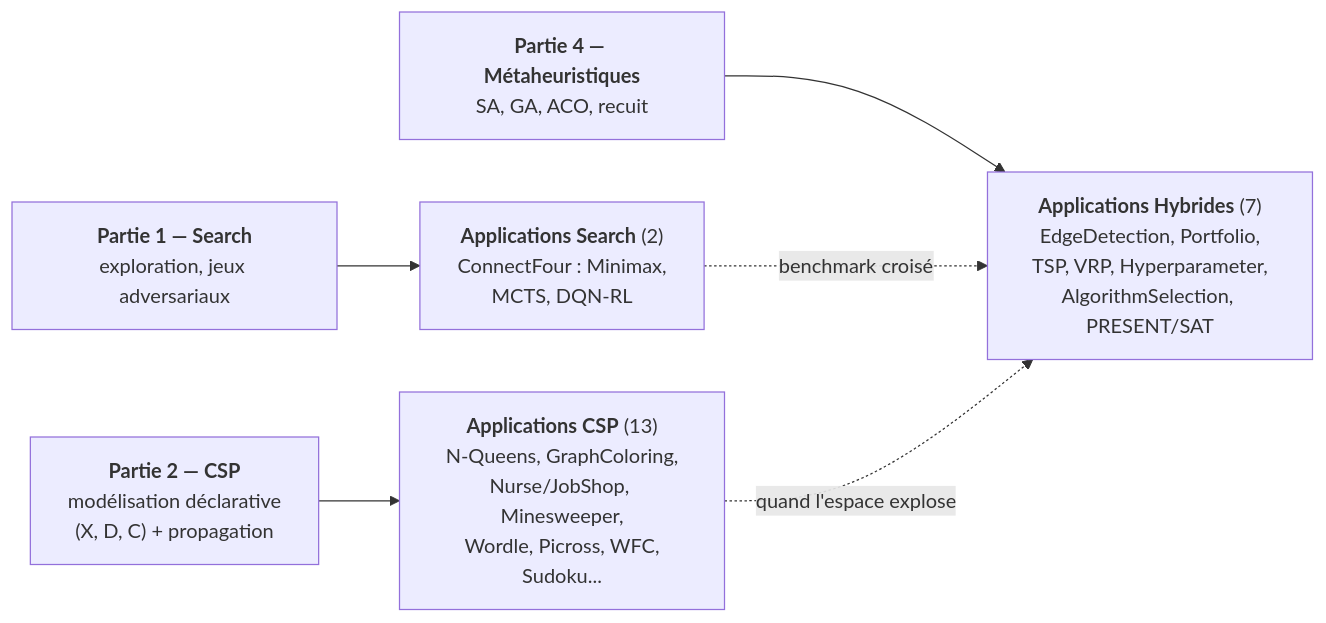
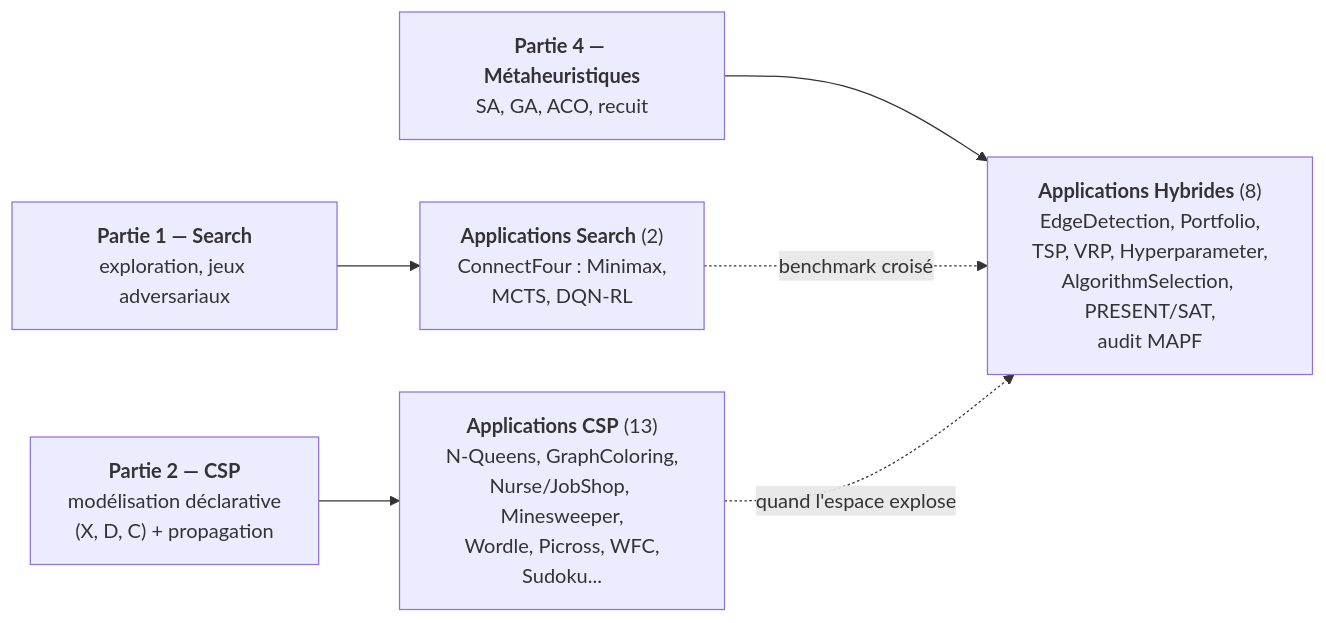
The diagram in MyIA.AI.Notebooks/Search/Applications/README.md (jsboige/CoursIA), drawn with Mermaid before and after one commit. The commit also changed other lines of this file and 4 other files, not shown here.

Commit message:
feat(search): add MAPF guarantee audit

````diff
--- a/MyIA.AI.Notebooks/Search/Applications/README.md
+++ b/MyIA.AI.Notebooks/Search/Applications/README.md
@@ -38,14 +38,14 @@
 ```mermaid
 flowchart LR
     P1["<b>Partie 1 — Search</b><br/>exploration, jeux adversariaux"]
     P2["<b>Partie 2 — CSP</b><br/>modélisation déclarative<br/>(X, D, C) + propagation"]
     P4["<b>Partie 4 — Métaheuristiques</b><br/>SA, GA, ACO, recuit"]
     S["<b>Applications Search</b> (2)<br/>ConnectFour : Minimax,<br/>MCTS, DQN-RL"]
     C["<b>Applications CSP</b> (13)<br/>N-Queens, GraphColoring,<br/>Nurse/JobShop, Minesweeper,<br/>Wordle, Picross, WFC,<br/>Sudoku..."]
-    H["<b>Applications Hybrides</b> (7)<br/>EdgeDetection, Portfolio,<br/>TSP, VRP, Hyperparameter,<br/>AlgorithmSelection, PRESENT/SAT"]
+    H["<b>Applications Hybrides</b> (8)<br/>EdgeDetection, Portfolio,<br/>TSP, VRP, Hyperparameter,<br/>AlgorithmSelection, PRESENT/SAT,<br/>audit MAPF"]
     P1 --> S
     P2 --> C
     P4 --> H
     S -.->|"benchmark croisé"| H
     C -.->|"quand l'espace explose"| H
 ```
````
